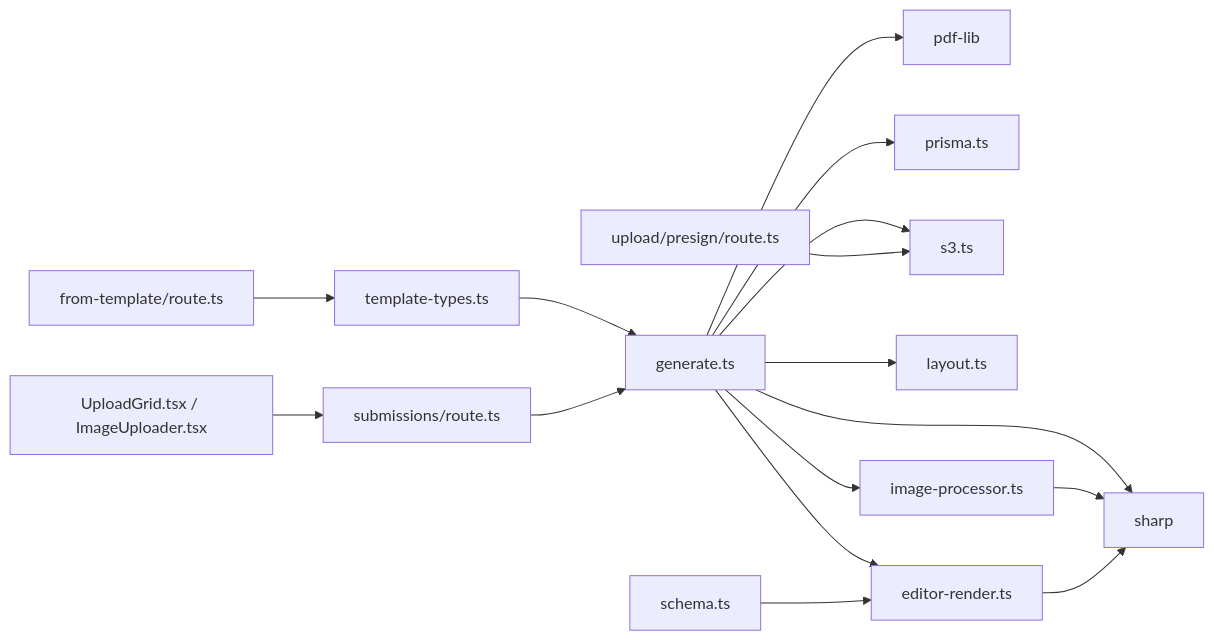
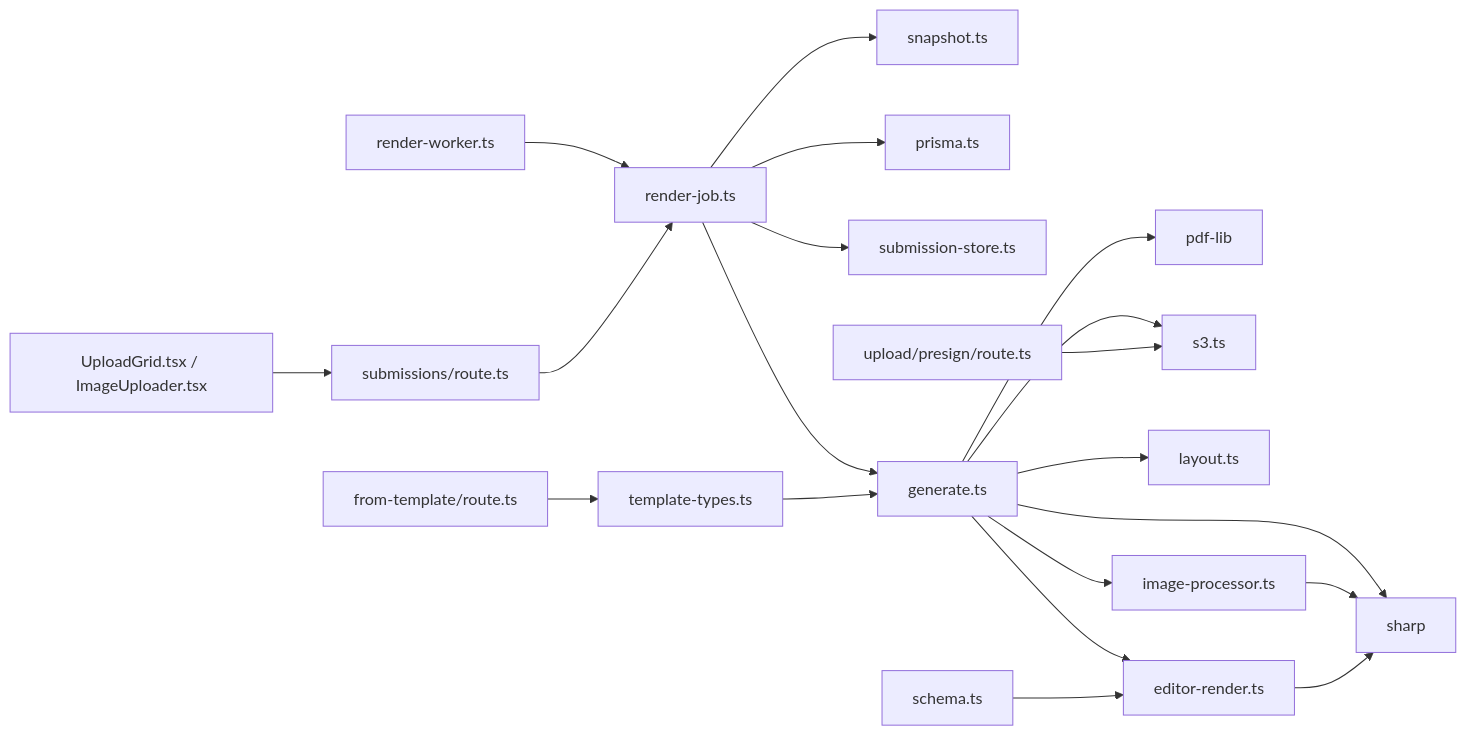
Before and after one commit to Crowdspender/titchybooks-app: the eighth of 8 diagrams in .qoder/repowiki/en/content/PDF Generation Engine/PDF Generation Engine.md, drawn with Mermaid. The commit also changed other lines of this file and 23 other files, not shown here.

Commit message:
fix: address CodeRabbit review findings (docs accuracy, error UI, editor history, render snapshot)

````diff
--- a/.qoder/repowiki/en/content/PDF Generation Engine/PDF Generation Engine.md
+++ b/.qoder/repowiki/en/content/PDF Generation Engine/PDF Generation Engine.md
@@ -459,18 +553,22 @@
 ```mermaid
 graph LR
-PDFGEN["generate.ts"] --> PDFLIB["pdf-lib"]
-PDFGEN --> SHARP["sharp"]
-PDFGEN --> PRISMA["prisma.ts"]
-PDFGEN --> S3UTIL["s3.ts"]
-PDFGEN --> LAYOUT["layout.ts"]
-PDFGEN --> IMGPROC["image-processor.ts"]
-PDFGEN --> EDITREND["editor-render.ts"]
+WORKER["render-worker.ts"] --> QUEUE["render-job.ts"]
+QUEUE --> SNAPSHOT["snapshot.ts"]
+QUEUE --> PRISMA["prisma.ts"]
+QUEUE --> SUBSTORE["submission-store.ts"]
+QUEUE --> GENERATE["generate.ts"]
+GENERATE --> PDFLIB["pdf-lib"]
+GENERATE --> SHARP["sharp"]
+GENERATE --> S3UTIL["s3.ts"]
+GENERATE --> LAYOUT["layout.ts"]
+GENERATE --> IMGPROC["image-processor.ts"]
+GENERATE --> EDITREND["editor-render.ts"]
 IMGPROC --> SHARP
 EDITREND --> SHARP
-TEMPLATES["template-types.ts"] --> PDFGEN
+TEMPLATES["template-types.ts"] --> GENERATE
 SCHEMA["schema.ts"] --> EDITREND
-SUBAPI["submissions/route.ts"] --> PDFGEN
+SUBAPI["submissions/route.ts"] --> QUEUE
 FROMTEMPLATE["from-template/route.ts"] --> TEMPLATES
 PRESIGN["upload/presign/route.ts"] --> S3UTIL
 FE["UploadGrid.tsx / ImageUploader.tsx"] --> SUBAPI
 ```
````
